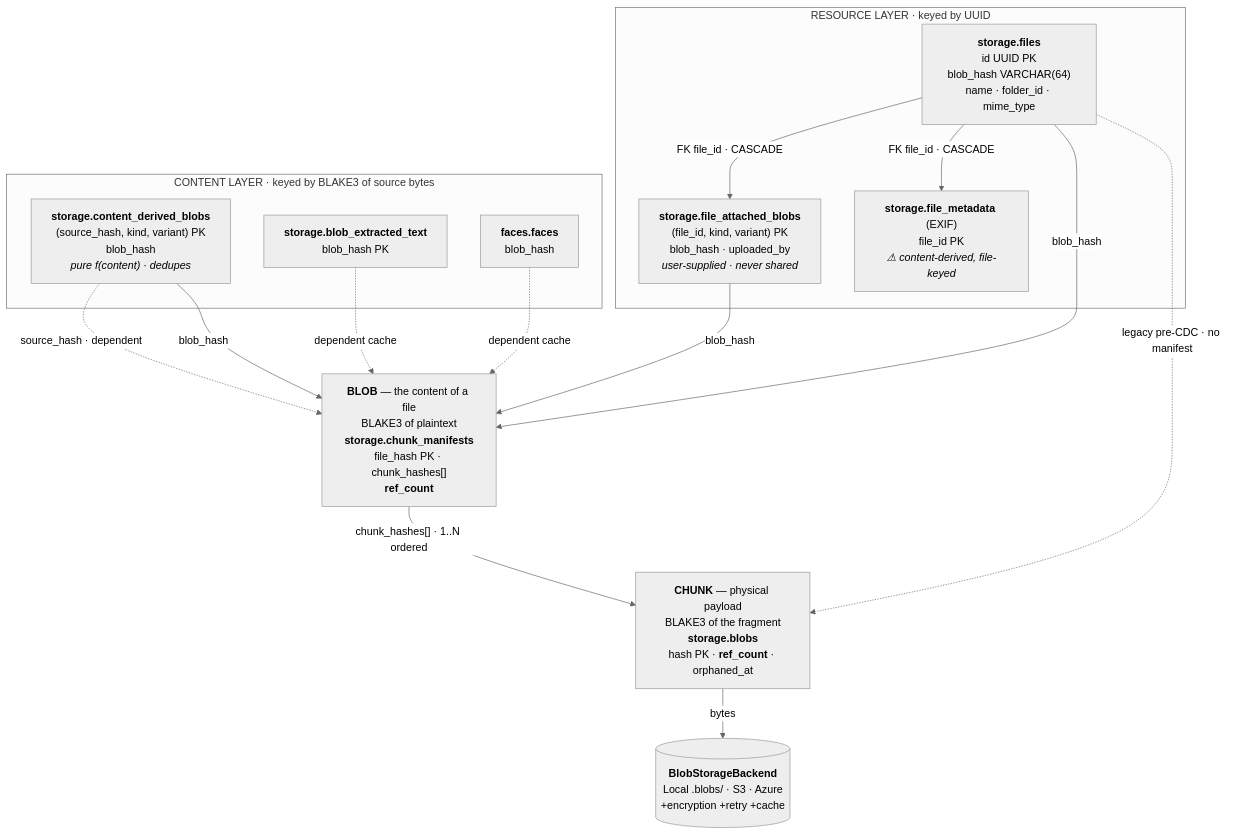
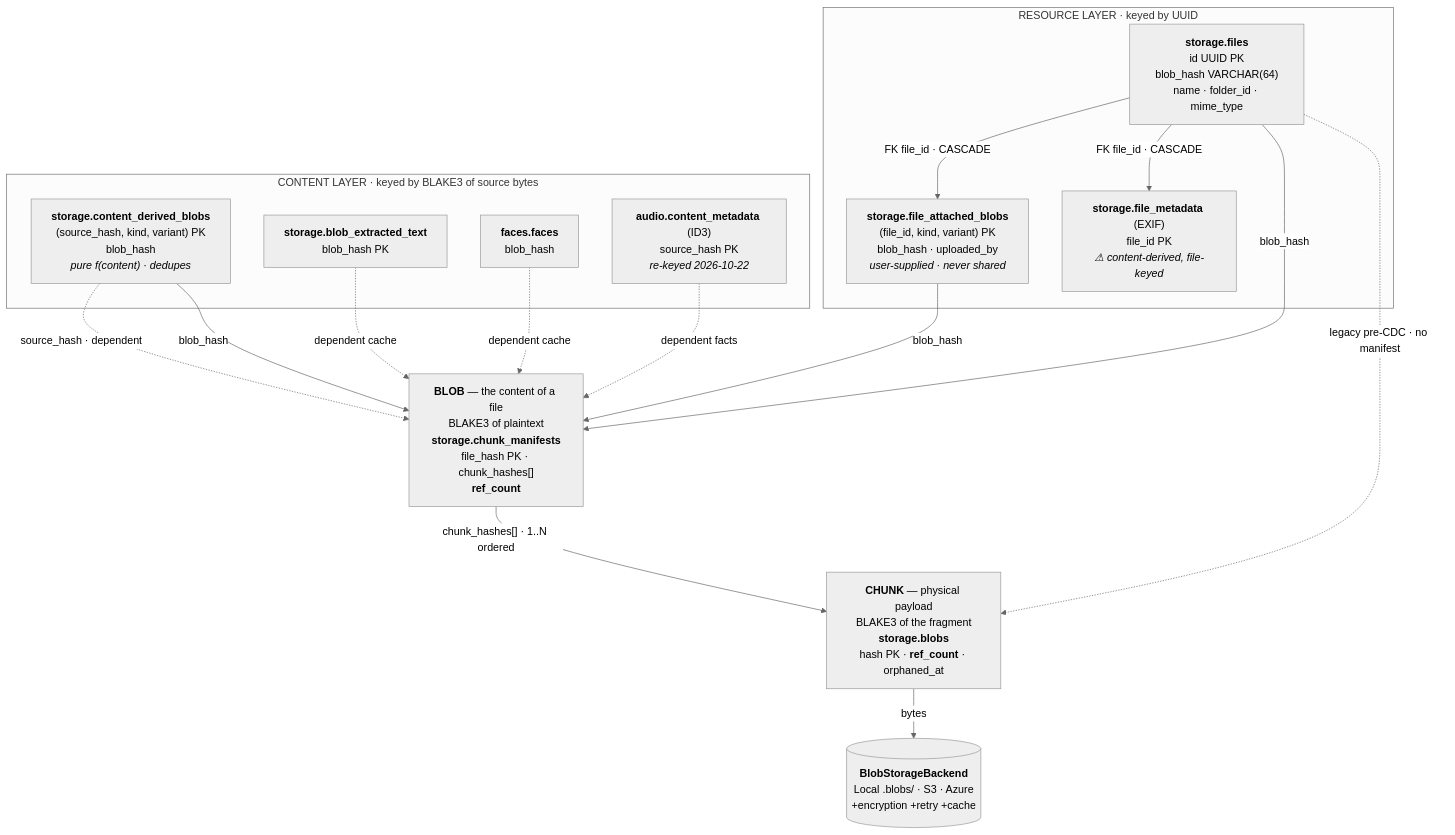
Before and after one commit to AtalayaLabs/OxiCloud: the first of 2 diagrams in docs/plan/derived-blobs.md, drawn with Mermaid (neutral theme). The commit also changed other lines of this file and 6 other files, not shown here.

First line of the commit message:
refactor(audio): key audio metadata to the content, not the file

````diff
--- a/docs/plan/derived-blobs.md
+++ b/docs/plan/derived-blobs.md
@@ -111,30 +111,32 @@
 ```mermaid
 flowchart TB
   subgraph RES["RESOURCE LAYER · keyed by UUID"]
     FILES["<b>storage.files</b><br/>id UUID PK<br/>blob_hash VARCHAR(64)<br/>name · folder_id · mime_type"]
     FAB["<b>storage.file_attached_blobs</b><br/>(file_id, kind, variant) PK<br/>blob_hash · uploaded_by<br/><i>user-supplied · never shared</i>"]
     FMD["<b>storage.file_metadata</b> (EXIF)<br/>file_id PK<br/><i>⚠ content-derived, file-keyed</i>"]
   end
 
   subgraph CON["CONTENT LAYER · keyed by BLAKE3 of source bytes"]
     CDB["<b>storage.content_derived_blobs</b><br/>(source_hash, kind, variant) PK<br/>blob_hash<br/><i>pure f(content) · dedupes</i>"]
     BET["<b>storage.blob_extracted_text</b><br/>blob_hash PK"]
     FACES["<b>faces.faces</b><br/>blob_hash"]
+    ACM["<b>audio.content_metadata</b> (ID3)<br/>source_hash PK<br/><i>re-keyed 2026-10-22</i>"]
   end
 
   BLOB["<b>BLOB</b> — the content of a file<br/>BLAKE3 of plaintext<br/><b>storage.chunk_manifests</b><br/>file_hash PK · chunk_hashes[]<br/><b>ref_count</b>"]
   CHUNK["<b>CHUNK</b> — physical payload<br/>BLAKE3 of the fragment<br/><b>storage.blobs</b><br/>hash PK · <b>ref_count</b> · orphaned_at"]
   BACKEND[("<b>BlobStorageBackend</b><br/>Local .blobs/ · S3 · Azure<br/>+encryption +retry +cache")]
 
   FILES -->|"FK file_id · CASCADE"| FAB
   FILES -->|"FK file_id · CASCADE"| FMD
   FILES -->|"blob_hash"| BLOB
   FILES -.->|"legacy pre-CDC · no manifest"| CHUNK
   CDB -.->|"source_hash · dependent"| BLOB
   CDB -->|"blob_hash"| BLOB
   FAB -->|"blob_hash"| BLOB
   BET -.->|"dependent cache"| BLOB
   FACES -.->|"dependent cache"| BLOB
+  ACM -.->|"dependent facts"| BLOB
   BLOB -->|"chunk_hashes[] · 1..N ordered"| CHUNK
   CHUNK -->|bytes| BACKEND
 ```
````
